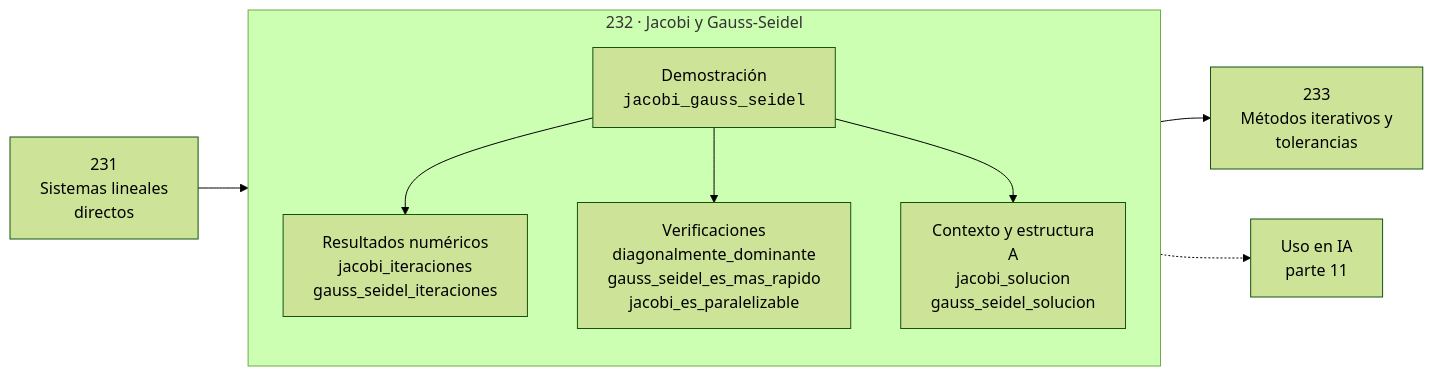
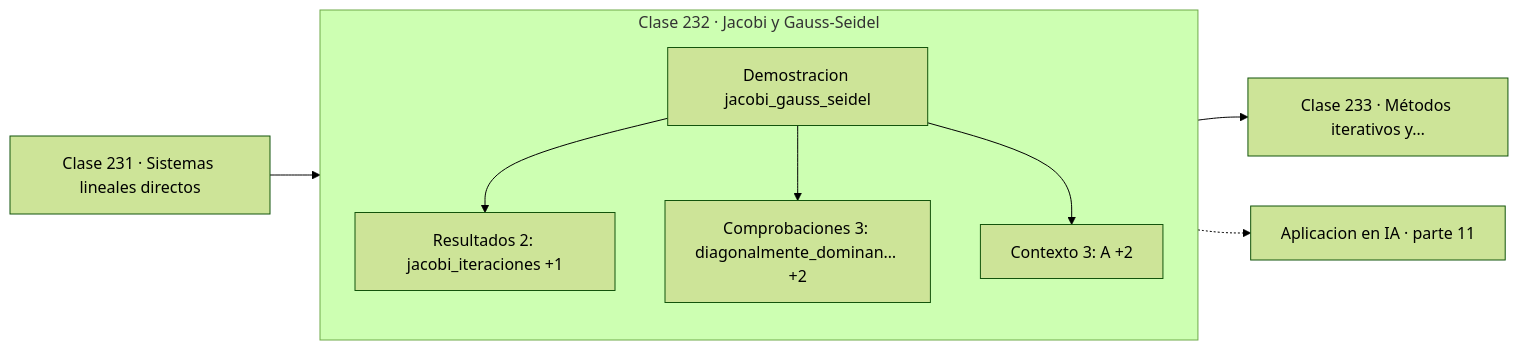
One commit to vladimiracunadev-create/computational-mathematics-program changed the diagram in classes/part-11-metodos-numericos-y-computacion-cientifica/232-jacobi-y-gauss-seidel/README.md. Above: the diagram before and after it, drawn with Mermaid (forest theme). The commit also changed 389 other files, not shown here.

First line of the commit message:
fix(diagramas): elimina el HTML de las etiquetas Mermaid

````diff
--- a/classes/part-11-metodos-numericos-y-computacion-cientifica/232-jacobi-y-gauss-seidel/README.md
+++ b/classes/part-11-metodos-numericos-y-computacion-cientifica/232-jacobi-y-gauss-seidel/README.md
@@ -30,12 +30,13 @@
 ```mermaid
 flowchart LR
-    P["231<br/>Sistemas lineales<br/>directos"] --> C
-    subgraph C["232 · Jacobi y Gauss-Seidel"]
+    P["Clase 231 · Sistemas lineales directos"] --> D
+    subgraph CLASE["Clase 232 · Jacobi y Gauss-Seidel"]
         direction TB
-        D["Demostración<br/><code>jacobi_gauss_seidel</code>"] --> R["Resultados numéricos<br/>jacobi_iteraciones<br/>gauss_seidel_iteraciones"]
-        D --> V["Verificaciones<br/>diagonalmente_dominante<br/>gauss_seidel_es_mas_rapido<br/>jacobi_es_paralelizable"]
-        D --> O["Contexto y estructura<br/>A<br/>jacobi_solucion<br/>gauss_seidel_solucion"]
+        D["Demostracion jacobi_gauss_seidel"]
+        D --> R["Resultados 2: jacobi_iteraciones +1"]
+        D --> V["Comprobaciones 3: diagonalmente_dominan… +2"]
+        D --> O["Contexto 3: A +2"]
     end
-    C --> N["233<br/>Métodos iterativos y<br/>tolerancias"]
-    C -.-> IA["Uso en IA<br/>parte 11"]
+    R --> N["Clase 233 · Métodos iterativos y…"]
+    V -.-> IA["Aplicacion en IA · parte 11"]
 ```
````
